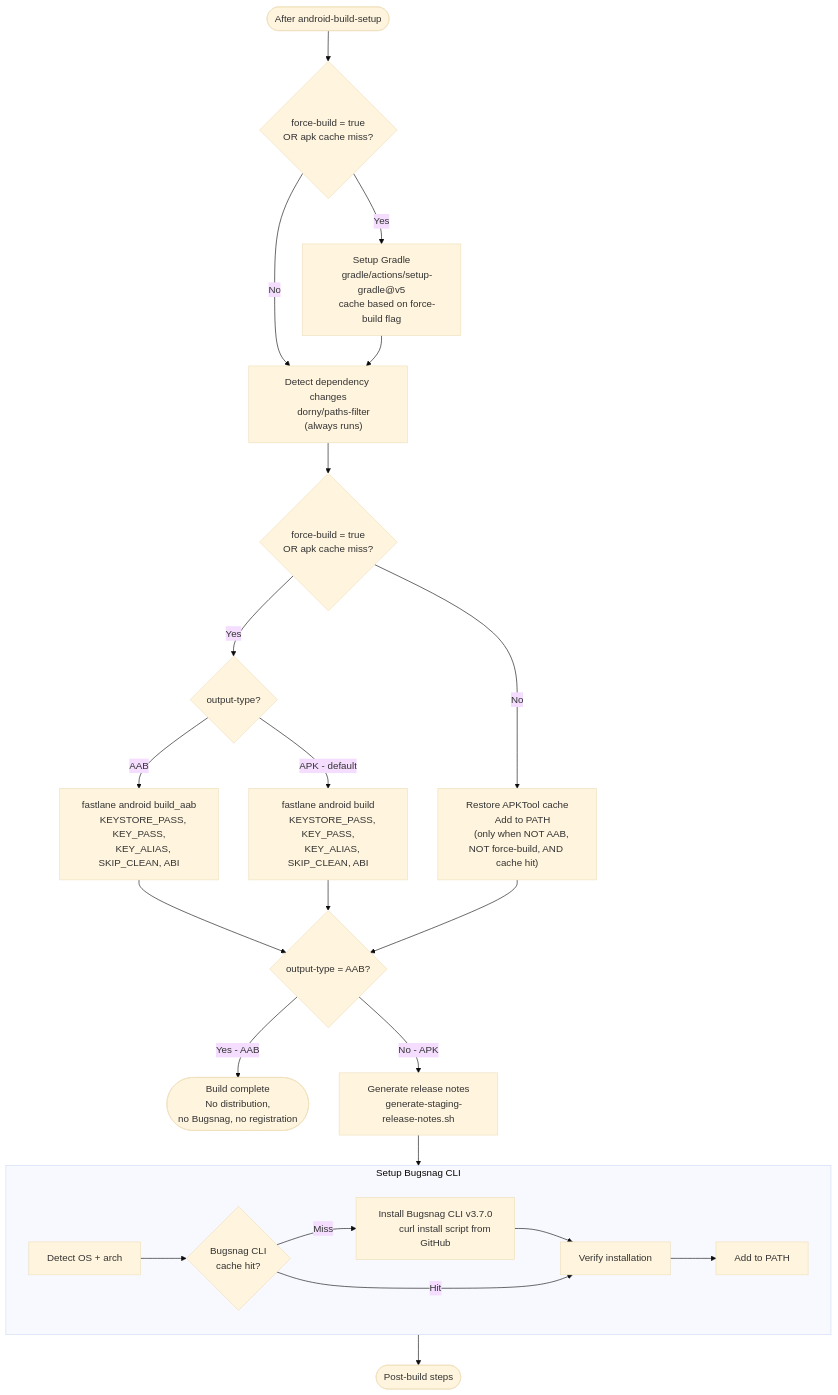
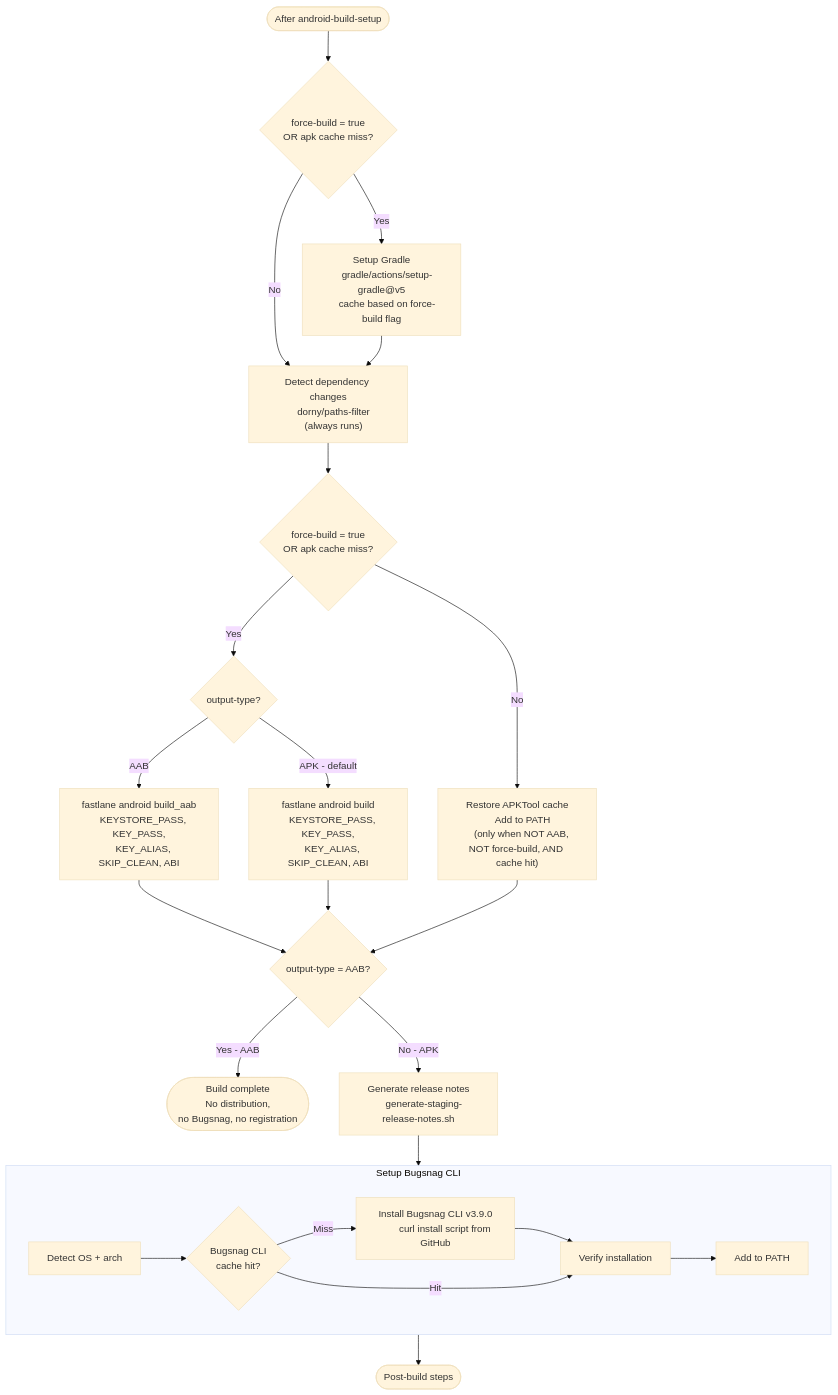
One commit to AtB-AS/mittatb-app changed the third of 6 diagrams in docs/android-build-staging-graph.md. Above: the diagram before and after it, drawn with Mermaid (base theme). The commit also changed 1 other file, not shown here.

Commit message:
docs: update staging graph docs

````diff
--- a/docs/android-build-staging-graph.md
+++ b/docs/android-build-staging-graph.md
@@ -144,65 +144,65 @@
 ```mermaid
 flowchart TD
     setup_done(["After android-build-setup"])
 
     setup_done --> gradle_check{"force-build = true
     OR apk cache miss?"}
 
     gradle_check -- Yes --> gradle["Setup Gradle
     gradle/actions/setup-gradle@v5
     cache based on force-build flag"]
     gradle_check -- No --> dep_changes
 
     gradle --> dep_changes["Detect dependency changes
     dorny/paths-filter
     (always runs)"]
 
     dep_changes --> should_build{"force-build = true
     OR apk cache miss?"}
 
     should_build -- Yes --> build_type{"output-type?"}
     should_build -- No --> apktool_restore
 
     build_type -- AAB --> build_aab["fastlane android build_aab
     KEYSTORE_PASS, KEY_PASS,
     KEY_ALIAS, SKIP_CLEAN, ABI"]
     build_type -- "APK - default" --> build_apk["fastlane android build
     KEYSTORE_PASS, KEY_PASS,
     KEY_ALIAS, SKIP_CLEAN, ABI"]
 
     apktool_restore["Restore APKTool cache
     Add to PATH
     (only when NOT AAB, NOT force-build, AND cache hit)"]
 
     build_aab --> aab_check{"output-type = AAB?"}
     build_apk --> aab_check
     apktool_restore --> aab_check
 
     aab_check -- "Yes - AAB" --> aab_done(["Build complete
     No distribution,
     no Bugsnag, no registration"])
     aab_check -- "No - APK" --> release_notes
 
     release_notes["Generate release notes
     generate-staging-release-notes.sh"]
 
     release_notes --> bugsnag_cli_setup
 
     subgraph bugsnag_cli_setup ["Setup Bugsnag CLI"]
         bs_detect["Detect OS + arch"]
         bs_cache{"Bugsnag CLI
         cache hit?"}
-        bs_install["Install Bugsnag CLI v3.7.0
+        bs_install["Install Bugsnag CLI v3.9.0
         curl install script from GitHub"]
         bs_verify["Verify installation"]
         bs_path["Add to PATH"]
 
         bs_detect --> bs_cache
         bs_cache -- Miss --> bs_install --> bs_verify
         bs_cache -- Hit --> bs_verify
         bs_verify --> bs_path
     end
 
     bugsnag_cli_setup --> post_build_steps
     post_build_steps(["Post-build steps"])
 ```
````
